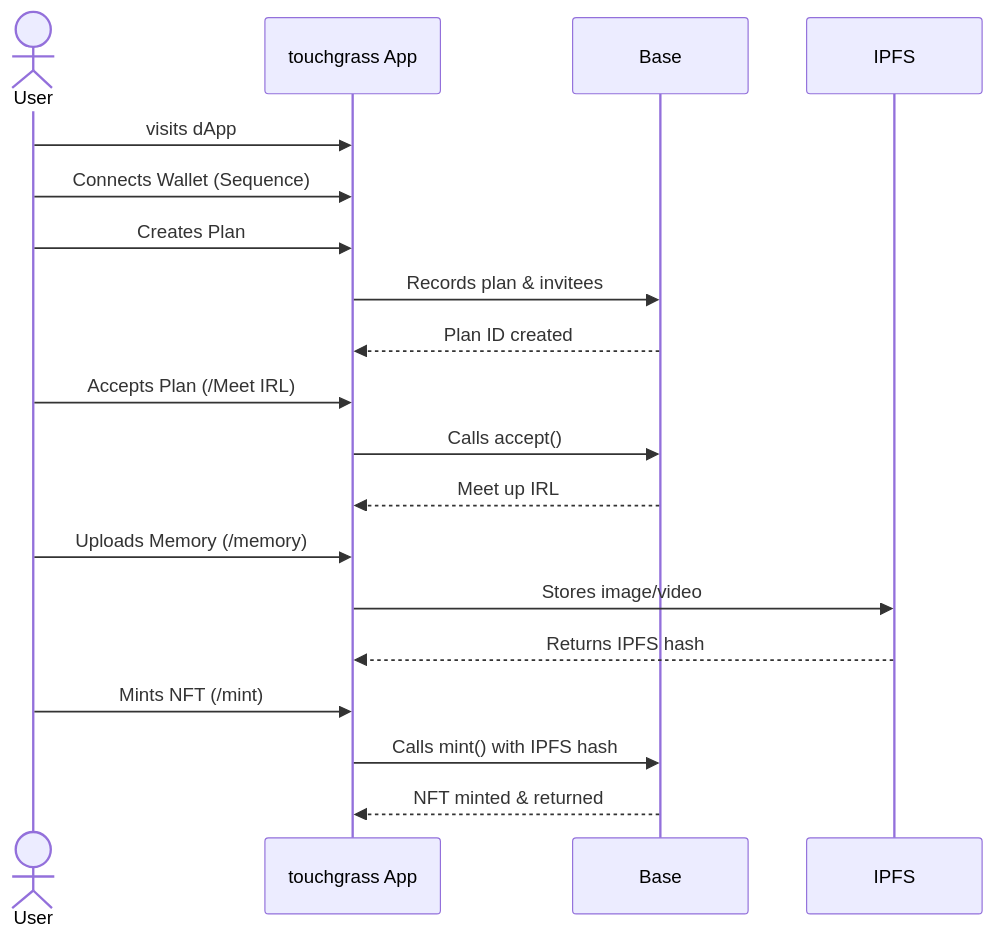
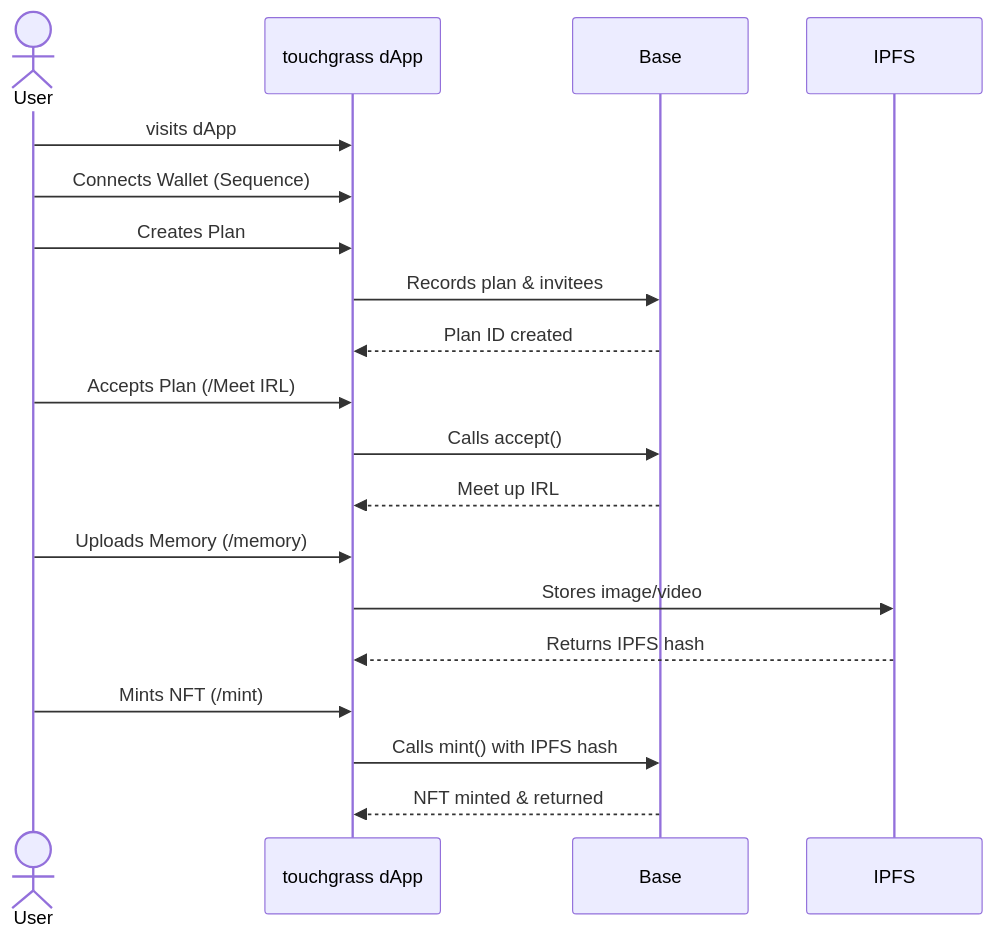
Before and after one commit to SomehowLiving/TouchGrass: the diagram in README.md, drawn with Mermaid. The commit also changed other lines of this file, not shown here.

````diff
--- a/README.md
+++ b/README.md
@@ -30,25 +31,25 @@
  ```mermaid
  sequenceDiagram
      actor U as User
-     participant A as touchgrass App
+     participant A as touchgrass dApp
      Participant S as Base
      participant IPFS
 
      U->>A: visits dApp
      U->>A: Connects Wallet (Sequence)
 
      U->>A: Creates Plan
      A->>S: Records plan & invitees
      S-->>A: Plan ID created
 
      U->>A: Accepts Plan (/Meet IRL)
      A->>S: Calls accept()
      S-->>A: Meet up IRL
      U->>A: Uploads Memory (/memory)
      A->>IPFS: Stores image/video
      IPFS-->>A: Returns IPFS hash
 
      U->>A: Mints NFT (/mint)
      A->>S: Calls mint() with IPFS hash
      S-->>A: NFT minted & returned
  ```
````
